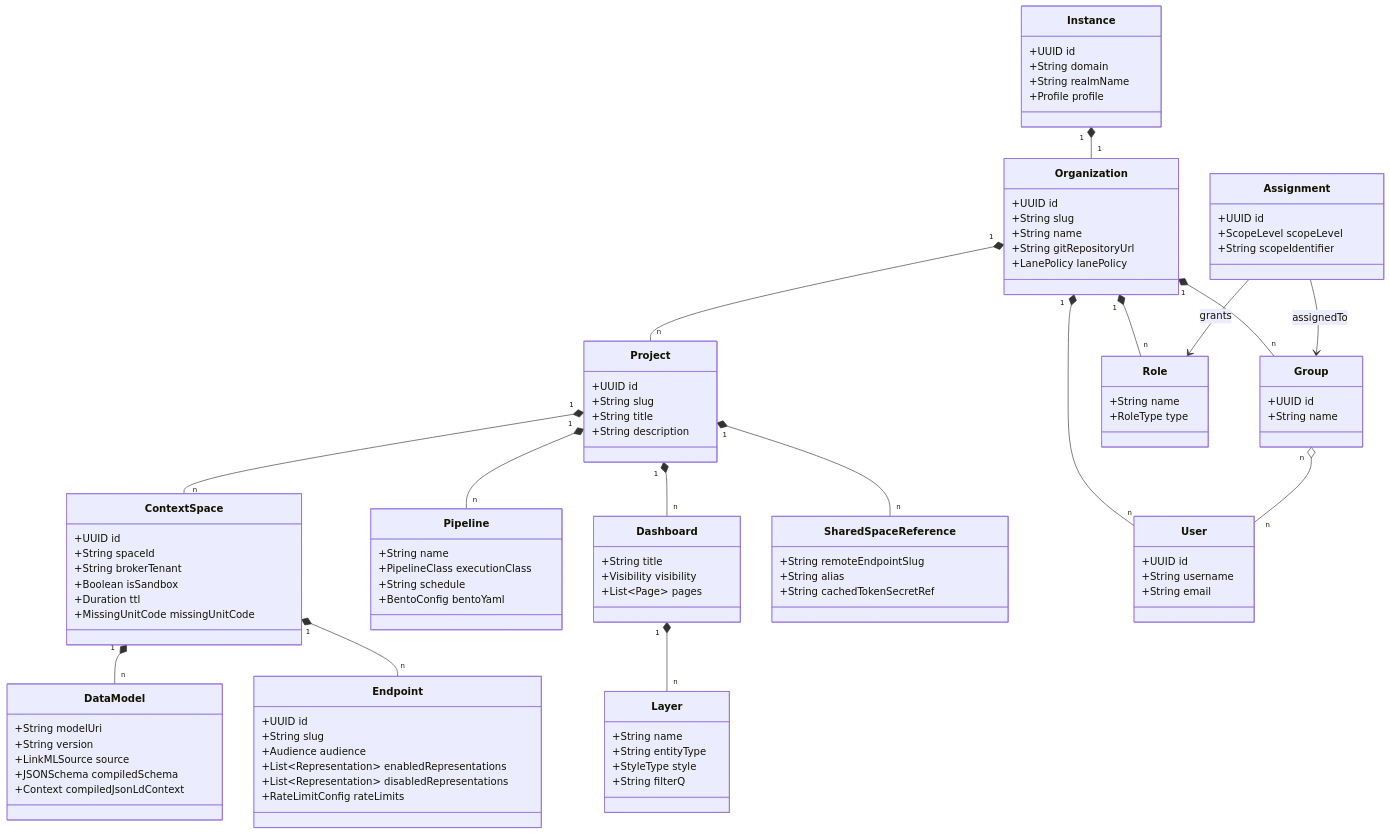
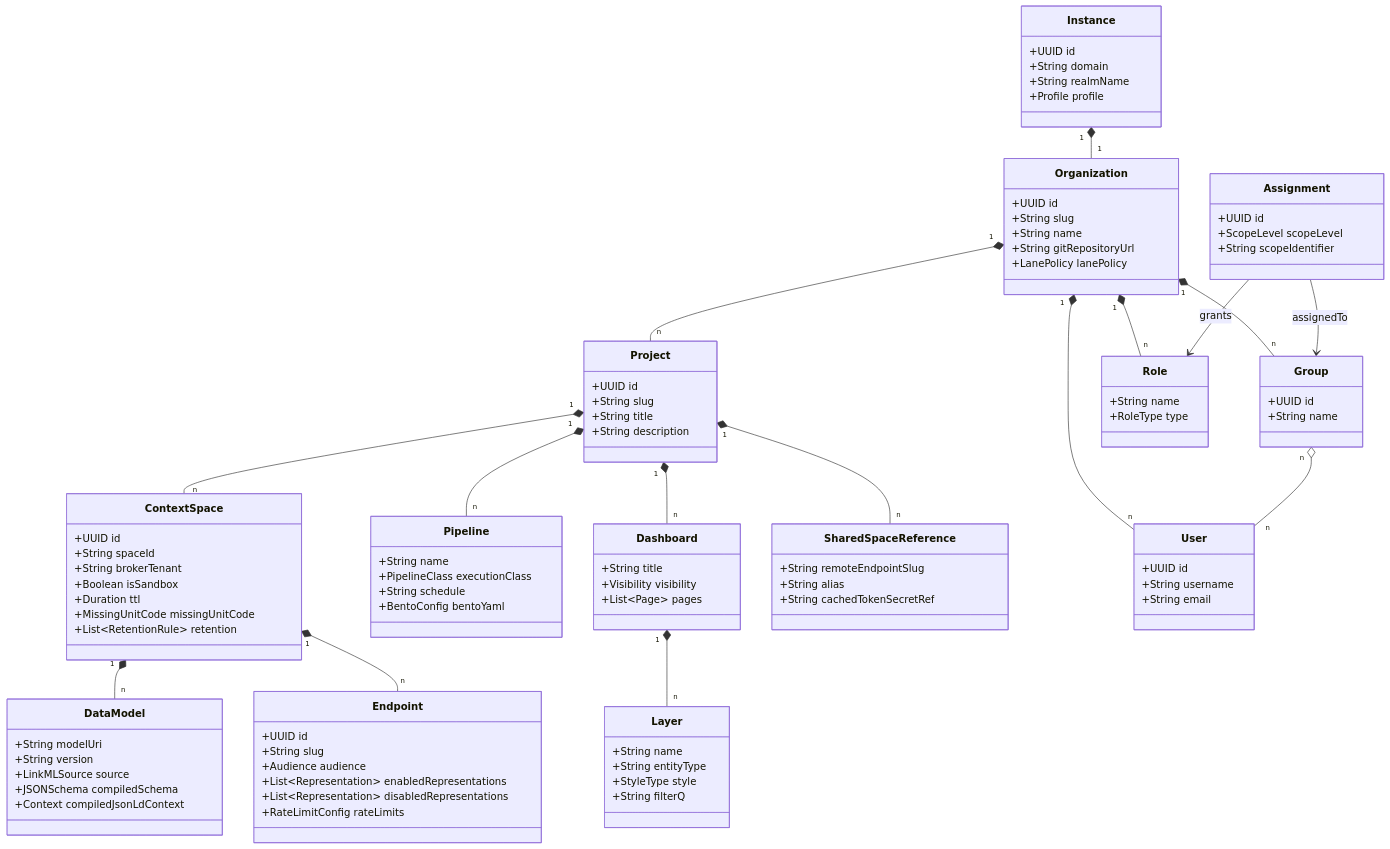
One commit to marek-mraz-jc/joinedcontext-docs changed the first of 2 diagrams in Architecture/03-domain-model.md. Above: the diagram before and after it, drawn with Mermaid. The commit also changed 2 other files, not shown here.

Commit message:
T-3901: space retention contract: duration form PnDTnHnMnS to 3650 days, rules written under core and model IRIs (DM-81, ADR-N-046)

```diff
--- a/Architecture/03-domain-model.md
+++ b/Architecture/03-domain-model.md
@@ -41,6 +41,7 @@
         +Boolean isSandbox
         +Duration ttl
         +MissingUnitCode missingUnitCode
+        +List~RetentionRule~ retention
     }
 
     class DataModel {
```
